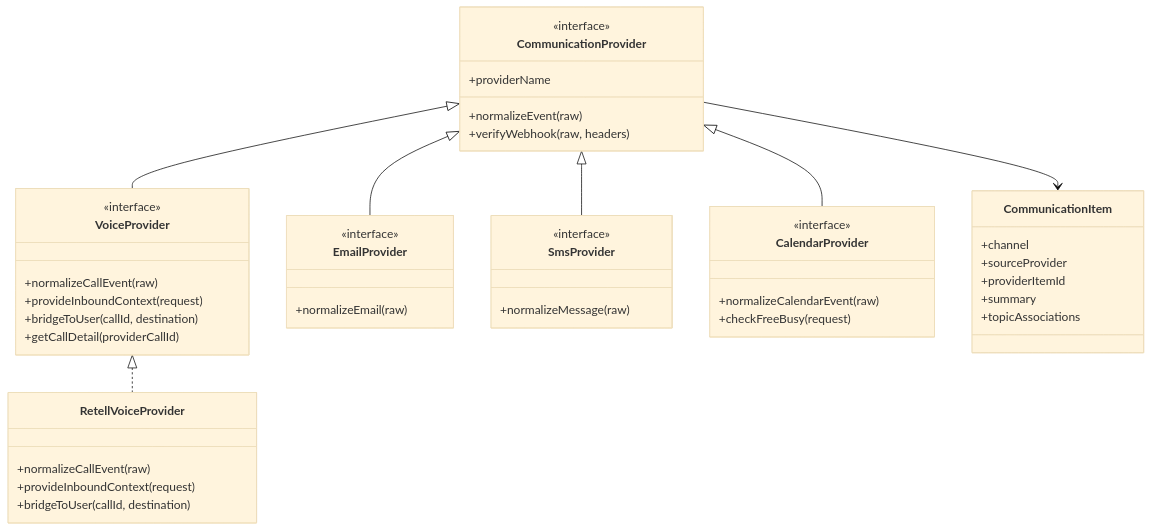
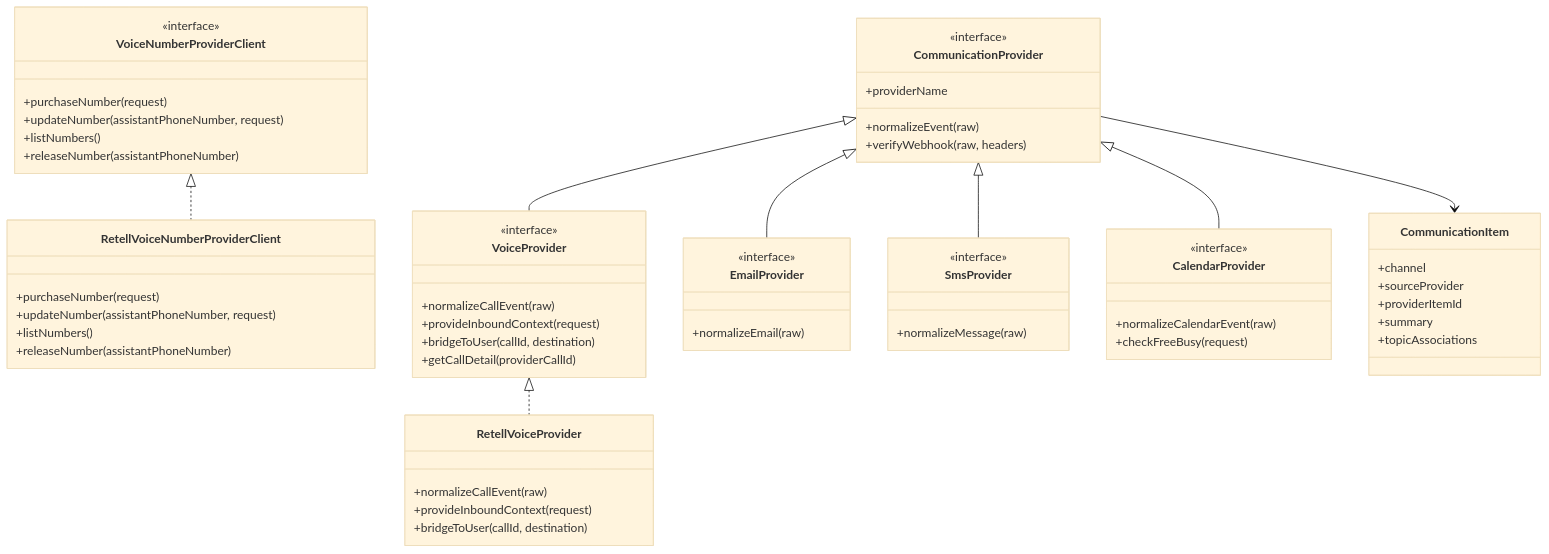
Before and after one commit to dflaggvt/phone-agent: diagram 16 of 16 in docs/architecture.md, drawn with Mermaid (base theme). The commit also changed other lines of this file and 34 other files, not shown here.

````diff
--- a/docs/architecture.md
+++ b/docs/architecture.md
@@ -428,54 +434,70 @@
 ```mermaid
 classDiagram
     class CommunicationProvider {
         <<interface>>
         +normalizeEvent(raw)
         +verifyWebhook(raw, headers)
         +providerName
     }
 
     class VoiceProvider {
         <<interface>>
         +normalizeCallEvent(raw)
         +provideInboundContext(request)
         +bridgeToUser(callId, destination)
         +getCallDetail(providerCallId)
     }
 
+    class VoiceNumberProviderClient {
+        <<interface>>
+        +purchaseNumber(request)
+        +updateNumber(assistantPhoneNumber, request)
+        +listNumbers()
+        +releaseNumber(assistantPhoneNumber)
+    }
+
     class RetellVoiceProvider {
         +normalizeCallEvent(raw)
         +provideInboundContext(request)
         +bridgeToUser(callId, destination)
+    }
+
+    class RetellVoiceNumberProviderClient {
+        +purchaseNumber(request)
+        +updateNumber(assistantPhoneNumber, request)
+        +listNumbers()
+        +releaseNumber(assistantPhoneNumber)
     }
 
     class EmailProvider {
         <<interface>>
         +normalizeEmail(raw)
     }
 
     class SmsProvider {
         <<interface>>
         +normalizeMessage(raw)
     }
 
     class CalendarProvider {
         <<interface>>
         +normalizeCalendarEvent(raw)
         +checkFreeBusy(request)
     }
 
     class CommunicationItem {
         +channel
         +sourceProvider
         +providerItemId
         +summary
         +topicAssociations
     }
 
     CommunicationProvider <|-- VoiceProvider
     VoiceProvider <|.. RetellVoiceProvider
+    VoiceNumberProviderClient <|.. RetellVoiceNumberProviderClient
     CommunicationProvider <|-- EmailProvider
     CommunicationProvider <|-- SmsProvider
     CommunicationProvider <|-- CalendarProvider
     CommunicationProvider --> CommunicationItem
 ```
````
